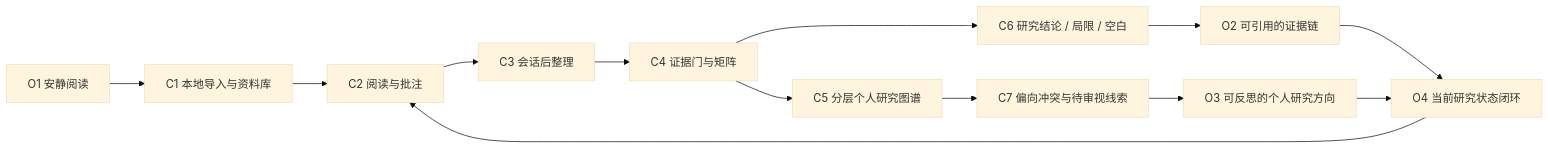
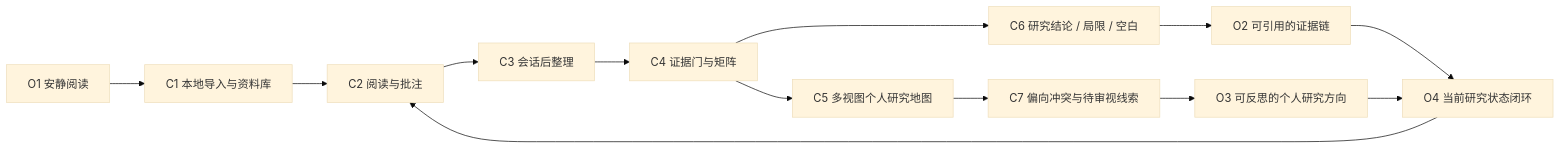
The first of 3 diagrams in docs/GRAPH_ENGINEERING.md (XXY-CH/Cognoscope), drawn with Mermaid (base theme) before and after one commit. The commit also changed other lines of this file and 8 other files, not shown here.

````diff
--- a/docs/GRAPH_ENGINEERING.md
+++ b/docs/GRAPH_ENGINEERING.md
@@ -39,15 +39,15 @@
 ```mermaid
 flowchart LR
   O1["O1 安静阅读"] --> C1["C1 本地导入与资料库"]
   C1 --> C2["C2 阅读与批注"]
   C2 --> C3["C3 会话后整理"]
   C3 --> C4["C4 证据门与矩阵"]
-  C4 --> C5["C5 分层个人研究图谱"]
+  C4 --> C5["C5 多视图个人研究地图"]
   C4 --> C6["C6 研究结论 / 局限 / 空白"]
   C5 --> C7["C7 偏向冲突与待审视线索"]
   C6 --> O2["O2 可引用的证据链"]
   C7 --> O3["O3 可反思的个人研究方向"]
   O2 --> O4["O4 当前研究状态闭环"]
   O3 --> O4
   O4 --> C2
 ```
````
